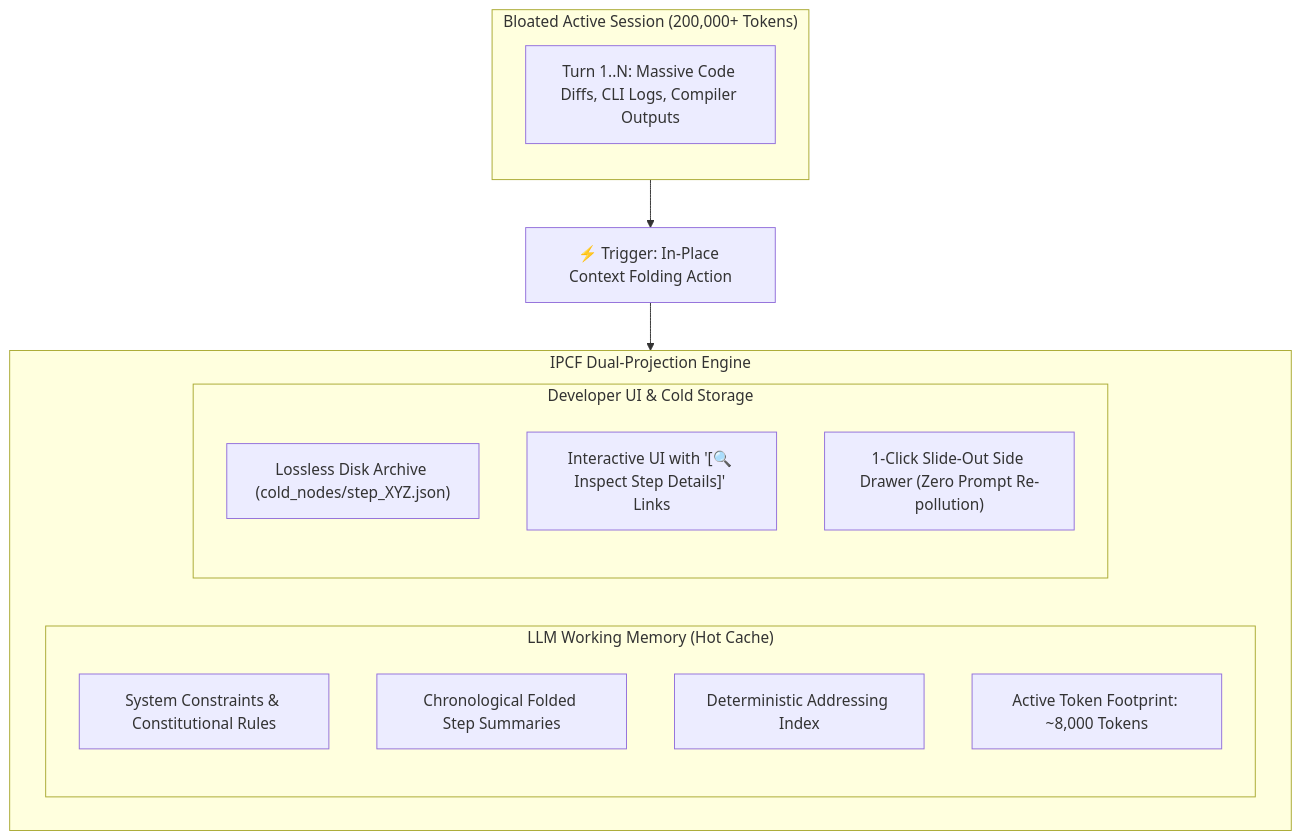
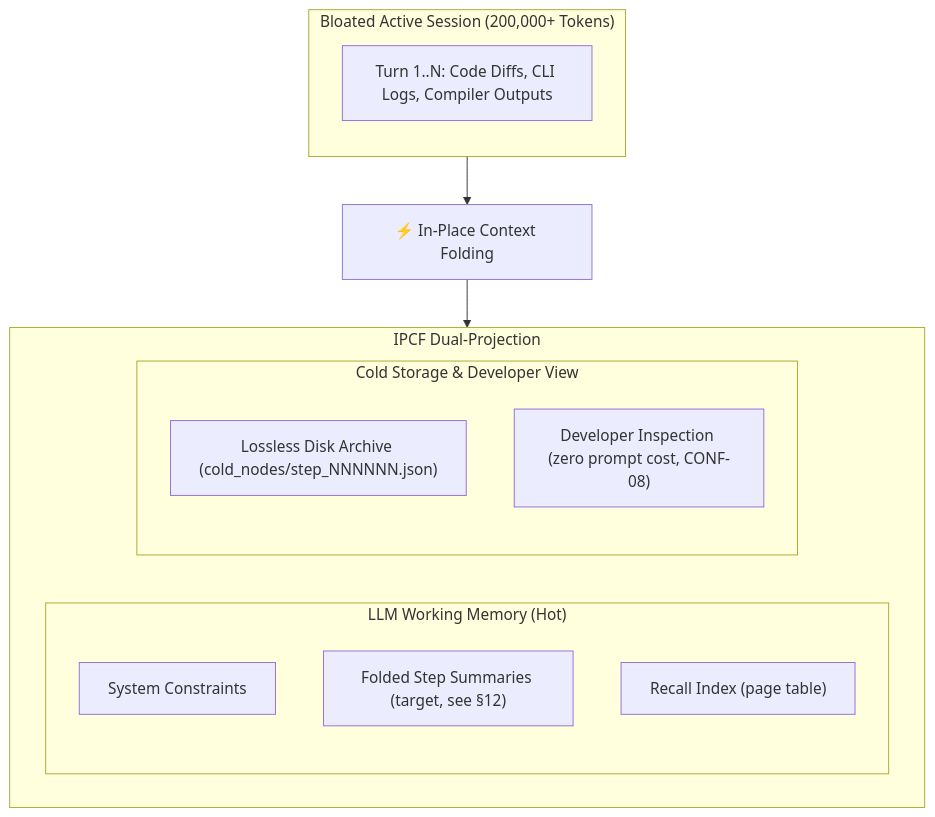
Before and after one commit to mrblackman/ContextFold: the first of 2 diagrams in README.md, drawn with Mermaid. The commit also changed other lines of this file and 8 other files, not shown here.

````diff
--- a/README.md
+++ b/README.md
@@ -94,31 +94,29 @@
 ```mermaid
 flowchart TD
     subgraph RawSession["Bloated Active Session (200,000+ Tokens)"]
         direction TB
-        R1["Turn 1..N: Massive Code Diffs, CLI Logs, Compiler Outputs"]
+        R1["Turn 1..N: Code Diffs, CLI Logs, Compiler Outputs"]
     end
 
-    Action["⚡ Trigger: In-Place Context Folding Action"]
+    Action["⚡ In-Place Context Folding"]
     RawSession --> Action
 
-    subgraph DualProjection["IPCF Dual-Projection Engine"]
+    subgraph DualProjection["IPCF Dual-Projection"]
         direction LR
-        
-        subgraph HotLayer["LLM Working Memory (Hot Cache)"]
+
+        subgraph HotLayer["LLM Working Memory (Hot)"]
             direction TB
-            H1["System Constraints & Constitutional Rules"]
-            H2["Chronological Folded Step Summaries"]
-            H3["Deterministic Addressing Index"]
-            H4["Active Token Footprint: ~8,000 Tokens"]
+            H1["System Constraints"]
+            H2["Folded Step Summaries (target, see §12)"]
+            H3["Recall Index (page table)"]
         end
 
-        subgraph ColdLayer["Developer UI & Cold Storage"]
+        subgraph ColdLayer["Cold Storage & Developer View"]
             direction TB
-            C1["Lossless Disk Archive (cold_nodes/step_XYZ.json)"]
-            C2["Interactive UI with '[🔍 Inspect Step Details]' Links"]
-            C3["1-Click Slide-Out Side Drawer (Zero Prompt Re-pollution)"]
+            C1["Lossless Disk Archive (cold_nodes/step_NNNNNN.json)"]
+            C2["Developer Inspection (zero prompt cost, CONF-08)"]
         end
     end
 
     Action --> DualProjection
 ```
````
